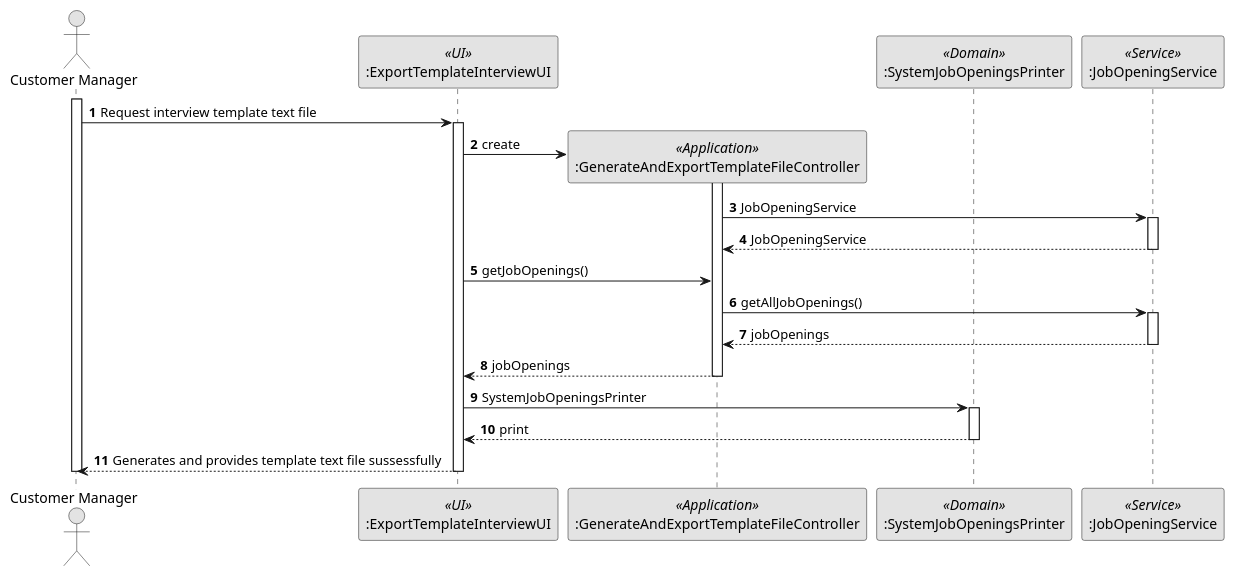
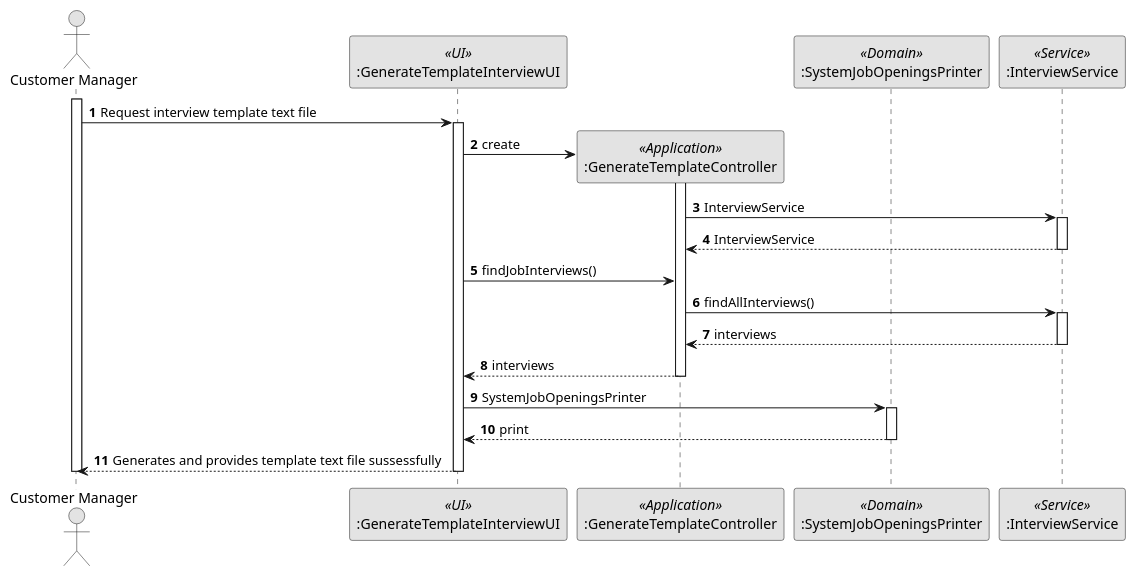
One commit to marcoferreira37/Lapr4 changed the diagram in docs/sprintB/1012/1012-sequence-diagram.puml. Above: the diagram before and after it, drawn with PlantUML. The commit also changed 7 other files, not shown here.

Commit message:
Update of the files related to generate template

```diff
--- a/docs/sprintB/1012/1012-sequence-diagram.puml
+++ b/docs/sprintB/1012/1012-sequence-diagram.puml
@@ -1,53 +1,53 @@
 @startuml
 'https://plantuml.com/use-case-diagram
 skinparam monochrome true
 skinparam packageStyle rectangle
 skinparam shadowing false
 autonumber
 
 actor "Customer Manager" as CM
-participant ":ExportTemplateInterviewUI" as UI6 <<UI>>
-participant ":GenerateAndExportTemplateFileController" as Controller6 <<Application>>
+participant ":GenerateTemplateInterviewUI" as UI6 <<UI>>
+participant ":GenerateTemplateController" as Controller6 <<Application>>
 participant ":SystemJobOpeningsPrinter" as printer <<Domain>>
-participant ":JobOpeningService" as jobSvc <<Service>>
+participant ":InterviewService" as jobSvc <<Service>>
 
 activate CM
 
 CM -> UI6: Request interview template text file
 activate UI6
 
 UI6 -> Controller6**: create
 activate Controller6
 
-Controller6 -> jobSvc: JobOpeningService
+Controller6 -> jobSvc: InterviewService
 activate jobSvc
 
-jobSvc --> Controller6: JobOpeningService
+jobSvc --> Controller6: InterviewService
 deactivate jobSvc
 
-UI6 -> Controller6:getJobOpenings()
-Controller6 -> jobSvc: getAllJobOpenings()
+UI6 -> Controller6:findJobInterviews()
+Controller6 -> jobSvc: findAllInterviews()
 activate jobSvc
 
-jobSvc --> Controller6: jobOpenings
+jobSvc --> Controller6: interviews
 
 deactivate jobSvc
-Controller6 --> UI6: jobOpenings
+Controller6 --> UI6: interviews
 deactivate Controller6
 UI6 -> printer: SystemJobOpeningsPrinter
 activate printer
 
 printer --> UI6: print
 
 deactivate printer
 
 
 
 
 UI6 --> CM: Generates and provides template text file sussessfully
 
 deactivate UI6
 
 deactivate CM
 
 @enduml
```
